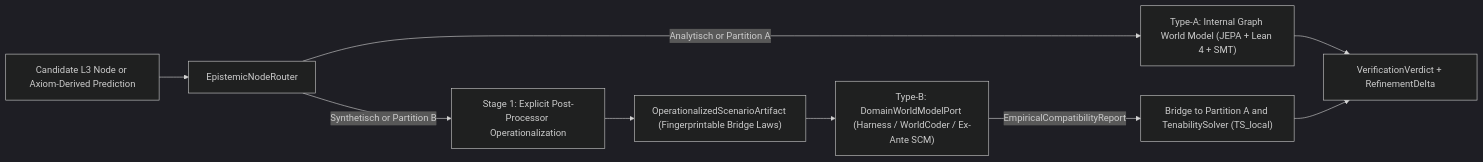
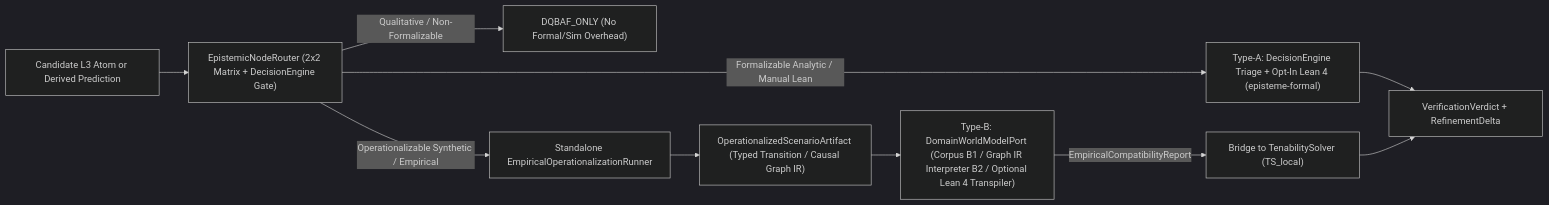
The diagram in issues/12-neuro-symbolic-world-models-and-lean/ISSUE-115-epistemic-node-router-and-programmatic-empirical-world-models.md (maxoem/EpistemeX), drawn with Mermaid (dark theme) before and after one commit. The commit also changed other lines of this file and 17 other files, not shown here.

Commit message:
feat(issues): including a refactoring plan and target architecture map

````diff
--- a/issues/12-neuro-symbolic-world-models-and-lean/ISSUE-115-epistemic-node-router-and-programmatic-empirical-world-models.md
+++ b/issues/12-neuro-symbolic-world-models-and-lean/ISSUE-115-epistemic-node-router-and-programmatic-empirical-world-models.md
@@ -37,11 +46,12 @@
 ```mermaid
 flowchart LR
-    Node["Candidate L3 Node or Axiom-Derived Prediction"] --> Router["EpistemicNodeRouter"]
-    Router -->|"Analytisch or Partition A"| TypeA["Type-A: Internal Graph World Model (JEPA + Lean 4 + SMT)"]
-    Router -->|"Synthetisch or Partition B"| Stage1["Stage 1: Explicit Post-Processor Operationalization"]
-    Stage1 --> Artifact["OperationalizedScenarioArtifact (Fingerprintable Bridge Laws)"]
-    Artifact --> TypeB["Type-B: DomainWorldModelPort (Harness / WorldCoder / Ex-Ante SCM)"]
-    TypeB -->|"EmpiricalCompatibilityReport"| Bridge["Bridge to Partition A and TenabilitySolver (TS_local)"]
+    Node["Candidate L3 Atom or Derived Prediction"] --> Router["EpistemicNodeRouter (2x2 Matrix + DecisionEngine Gate)"]
+    Router -->|"Qualitative / Non-Formalizable"| QBAF["DQBAF_ONLY (No Formal/Sim Overhead)"]
+    Router -->|"Formalizable Analytic / Manual Lean"| TypeA["Type-A: DecisionEngine Triage + Opt-In Lean 4 (episteme-formal)"]
+    Router -->|"Operationalizable Synthetic / Empirical"| Stage1["Standalone EmpiricalOperationalizationRunner"]
+    Stage1 --> Artifact["OperationalizedScenarioArtifact (Typed Transition / Causal Graph IR)"]
+    Artifact --> TypeB["Type-B: DomainWorldModelPort (Corpus B1 / Graph IR Interpreter B2 / Optional Lean 4 Transpiler)"]
+    TypeB -->|"EmpiricalCompatibilityReport"| Bridge["Bridge to TenabilitySolver (TS_local)"]
     TypeA --> Verdict["VerificationVerdict + RefinementDelta"]
     Bridge --> Verdict
 ```
````
